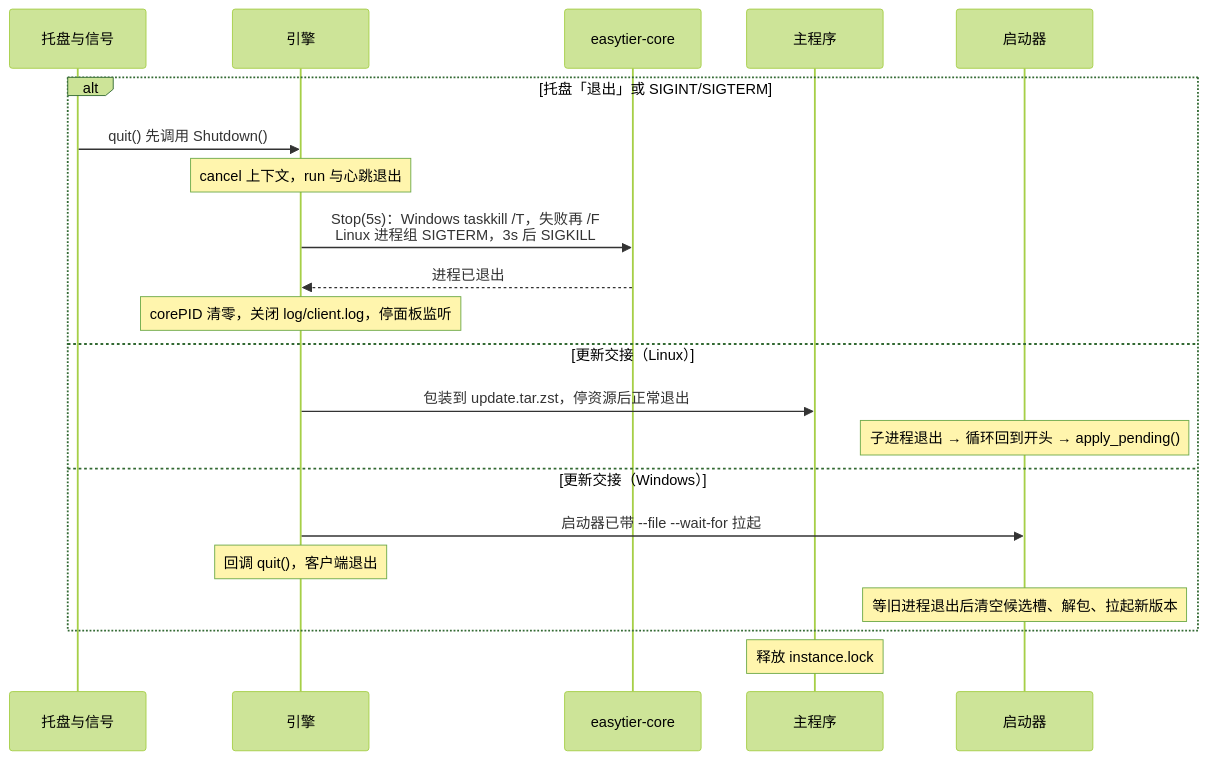
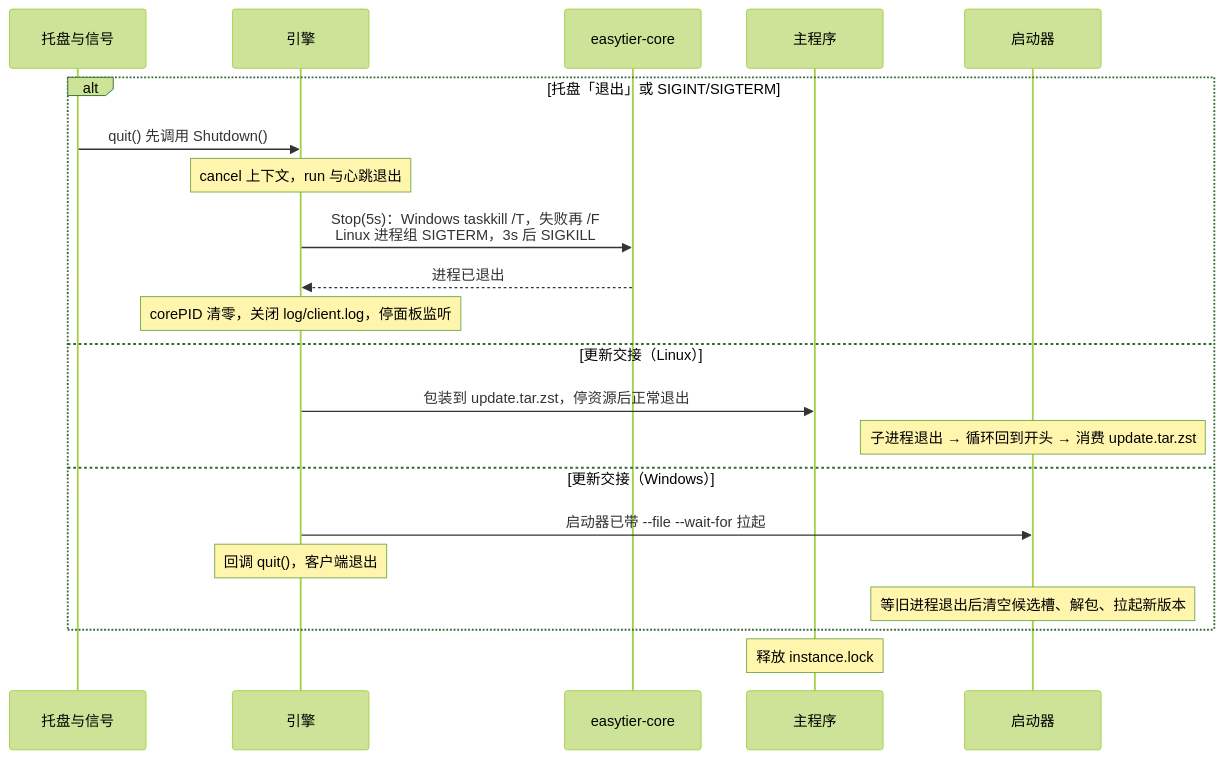
The fifth of 6 diagrams in docs/flows.md (hiromuraki/mesh-client), drawn with Mermaid (forest theme) before and after one commit. The commit also changed other lines of this file and 27 other files, not shown here.

````diff
--- a/docs/flows.md
+++ b/docs/flows.md
@@ -166,24 +167,24 @@
 ```mermaid
 sequenceDiagram
   participant UI as 托盘与信号
   participant E as 引擎
   participant C as easytier-core
   participant M as 主程序
   participant L as 启动器
 
   alt 托盘「退出」或 SIGINT/SIGTERM
     UI->>E: quit() 先调用 Shutdown()
     Note over E: cancel 上下文，run 与心跳退出
     E->>C: Stop(5s)：Windows taskkill /T，失败再 /F<br/>Linux 进程组 SIGTERM，3s 后 SIGKILL
     C-->>E: 进程已退出
     Note over E: corePID 清零，关闭 log/client.log，停面板监听
   else 更新交接（Linux）
     E->>M: 包装到 update.tar.zst，停资源后正常退出
-    Note over L: 子进程退出 → 循环回到开头 → apply_pending()
+    Note over L: 子进程退出 → 循环回到开头 → 消费 update.tar.zst
   else 更新交接（Windows）
     E->>L: 启动器已带 --file --wait-for 拉起
     Note over E: 回调 quit()，客户端退出
     Note over L: 等旧进程退出后清空候选槽、解包、拉起新版本
   end
   Note over M: 释放 instance.lock
 ```
````
